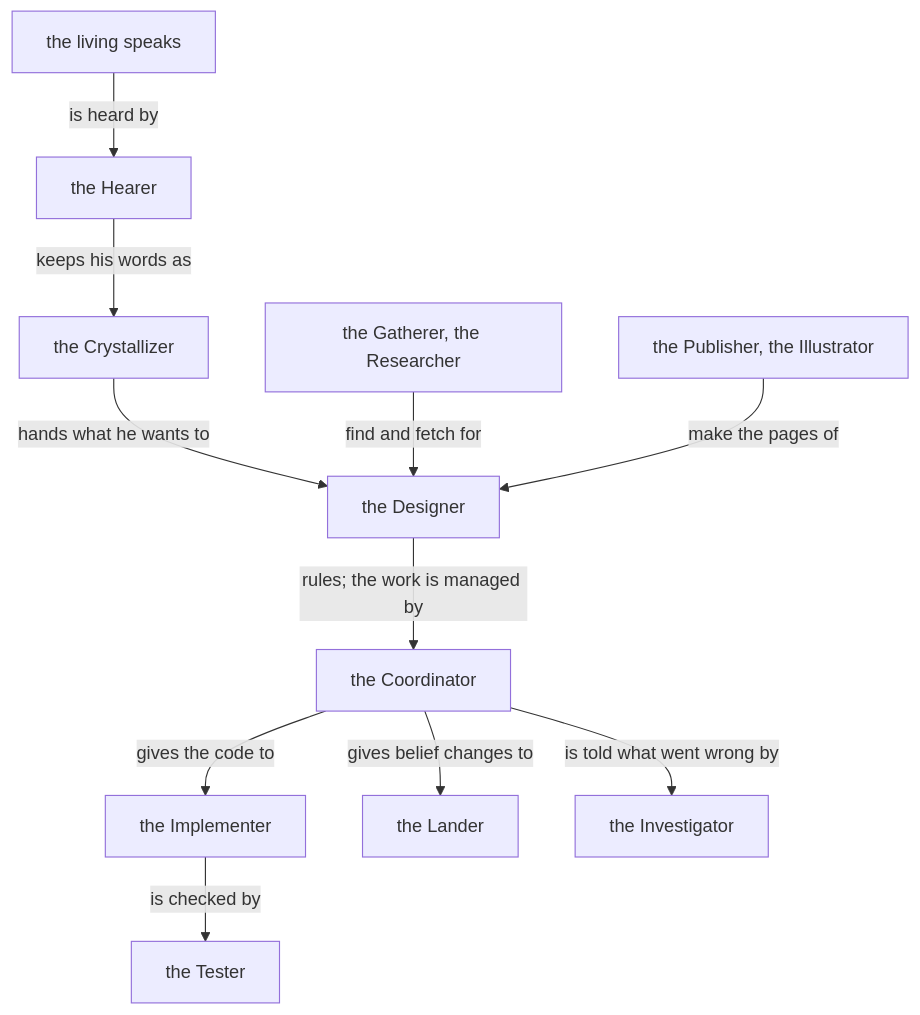
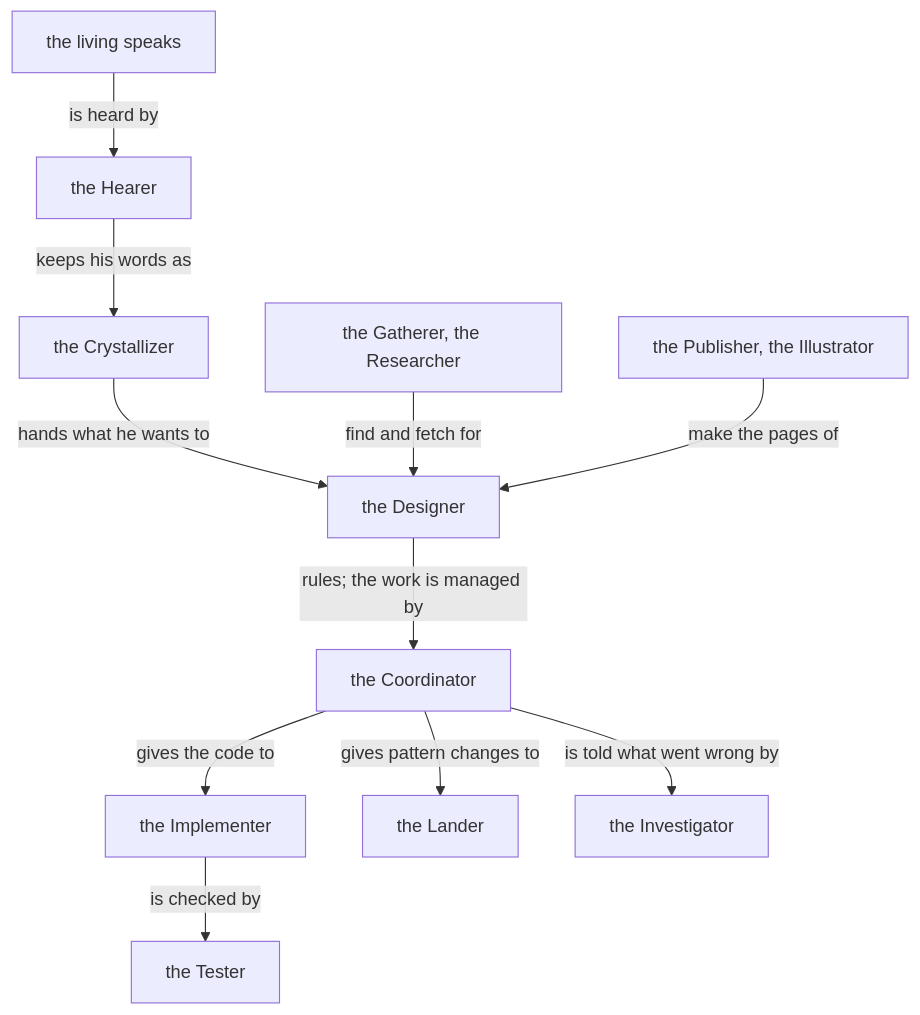
The first of 2 diagrams in vision/model-roles/0.md (LiGoldragon/psyche-belief), drawn with Mermaid before and after one commit. The commit also changed 15 other files, not shown here.

First line of the commit message:
vision: belief becomes pattern, throughout (the living's word)

````diff
--- a/vision/model-roles/0.md
+++ b/vision/model-roles/0.md
@@ -6,13 +6,13 @@
 ```mermaid
 flowchart TB
     l["the living speaks"] -- "is heard by" --> h["the Hearer"]
     h -- "keeps his words as" --> cr["the Crystallizer"]
     cr -- "hands what he wants to" --> d["the Designer"]
     d -- "rules; the work is managed by" --> c["the Coordinator"]
     c -- "gives the code to" --> i["the Implementer"]
     i -- "is checked by" --> t["the Tester"]
-    c -- "gives belief changes to" --> la["the Lander"]
+    c -- "gives pattern changes to" --> la["the Lander"]
     c -- "is told what went wrong by" --> v["the Investigator"]
     g["the Gatherer, the Researcher"] -- "find and fetch for" --> d
     pu["the Publisher, the Illustrator"] -- "make the pages of" --> d
 ```
````
